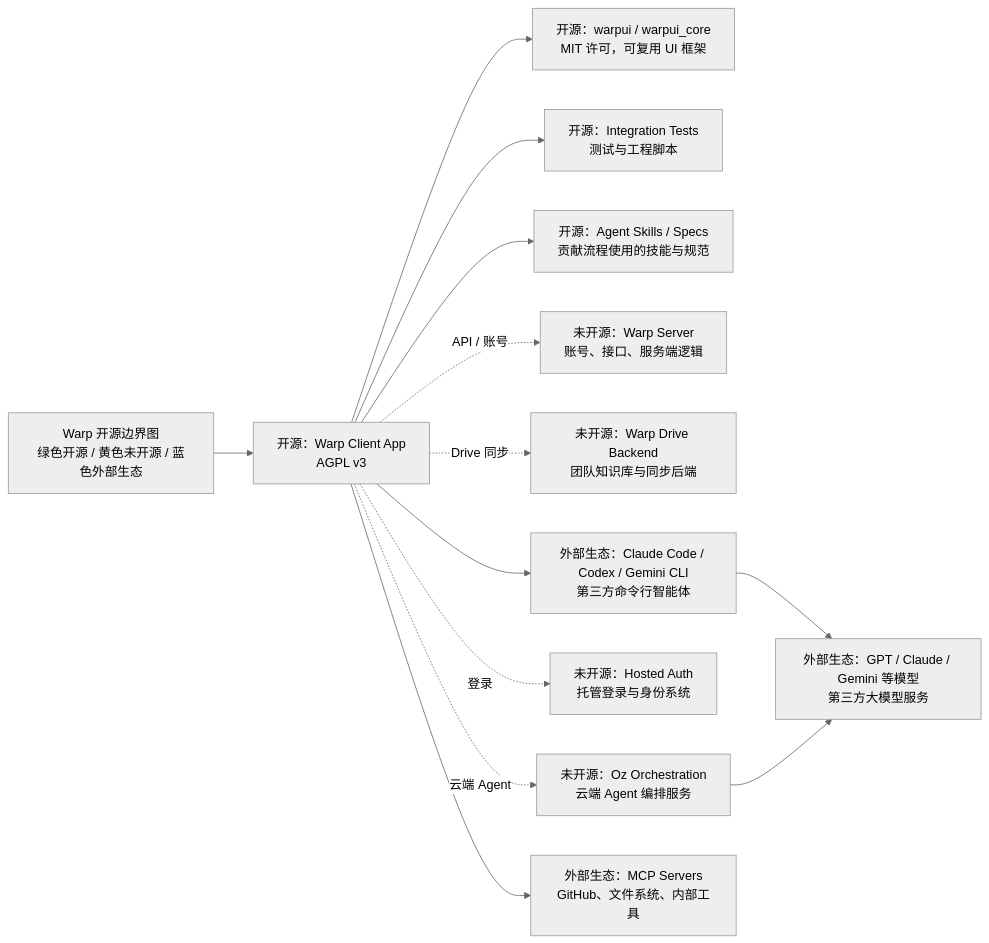
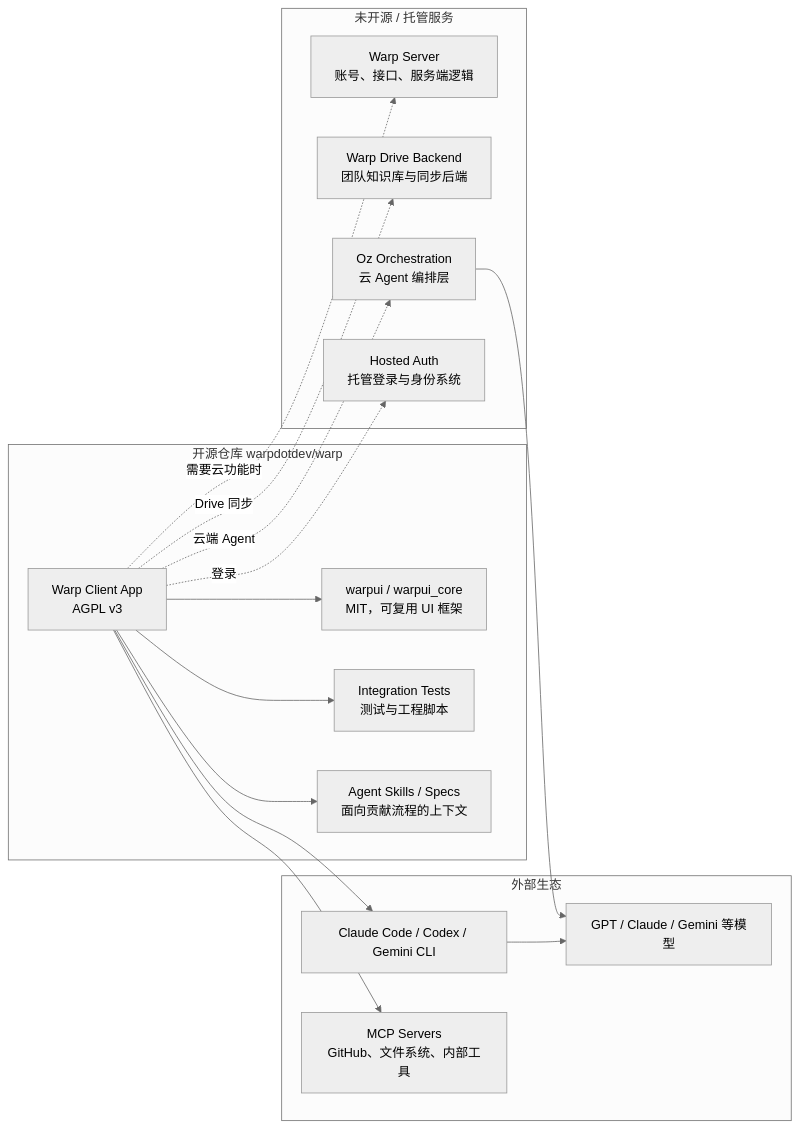
Before and after one commit to hydraxman/hydraxman.github.io: the diagram in images/warp-open-source-deep-dive/warp-open-boundary.mmd, drawn with Mermaid (neutral theme). The commit also changed 48 other files, not shown here.

```diff
--- a/images/warp-open-source-deep-dive/warp-open-boundary.mmd
+++ b/images/warp-open-source-deep-dive/warp-open-boundary.mmd
@@ -1,29 +1,32 @@
 graph LR
-  Title["Warp 开源边界图\n绿色开源 / 黄色未开源 / 蓝色外部生态"]
+  subgraph Open["开源仓库 warpdotdev/warp"]
+    Client["Warp Client App\nAGPL v3"]
+    UI["warpui / warpui_core\nMIT，可复用 UI 框架"]
+    Tests["Integration Tests\n测试与工程脚本"]
+    Skills["Agent Skills / Specs\n面向贡献流程的上下文"]
+  end
 
-  Client["开源：Warp Client App\nAGPL v3"]
-  UI["开源：warpui / warpui_core\nMIT 许可，可复用 UI 框架"]
-  Tests["开源：Integration Tests\n测试与工程脚本"]
-  Skills["开源：Agent Skills / Specs\n贡献流程使用的技能与规范"]
+  subgraph Closed["未开源 / 托管服务"]
+    Server["Warp Server\n账号、接口、服务端逻辑"]
+    DriveBackend["Warp Drive Backend\n团队知识库与同步后端"]
+    Oz["Oz Orchestration\n云 Agent 编排层"]
+    Auth["Hosted Auth\n托管登录与身份系统"]
+  end
 
-  Server["未开源：Warp Server\n账号、接口、服务端逻辑"]
-  Drive["未开源：Warp Drive Backend\n团队知识库与同步后端"]
-  Oz["未开源：Oz Orchestration\n云端 Agent 编排服务"]
-  Auth["未开源：Hosted Auth\n托管登录与身份系统"]
+  subgraph External["外部生态"]
+    Models["GPT / Claude / Gemini 等模型"]
+    CLI["Claude Code / Codex / Gemini CLI"]
+    MCP["MCP Servers\nGitHub、文件系统、内部工具"]
+  end
 
-  CLI["外部生态：Claude Code / Codex / Gemini CLI\n第三方命令行智能体"]
-  MCP["外部生态：MCP Servers\nGitHub、文件系统、内部工具"]
-  Models["外部生态：GPT / Claude / Gemini 等模型\n第三方大模型服务"]
-
-  Title --> Client
   Client --> UI
   Client --> Tests
   Client --> Skills
+  Client -.需要云功能时.-> Server
+  Client -.Drive 同步.-> DriveBackend
+  Client -.云端 Agent.-> Oz
   Client -.登录.-> Auth
-  Client -.API / 账号.-> Server
-  Client -.Drive 同步.-> Drive
-  Client -.云端 Agent.-> Oz
   Client --> CLI
   Client --> MCP
+  Oz --> Models
   CLI --> Models
-  Oz --> Models
```
